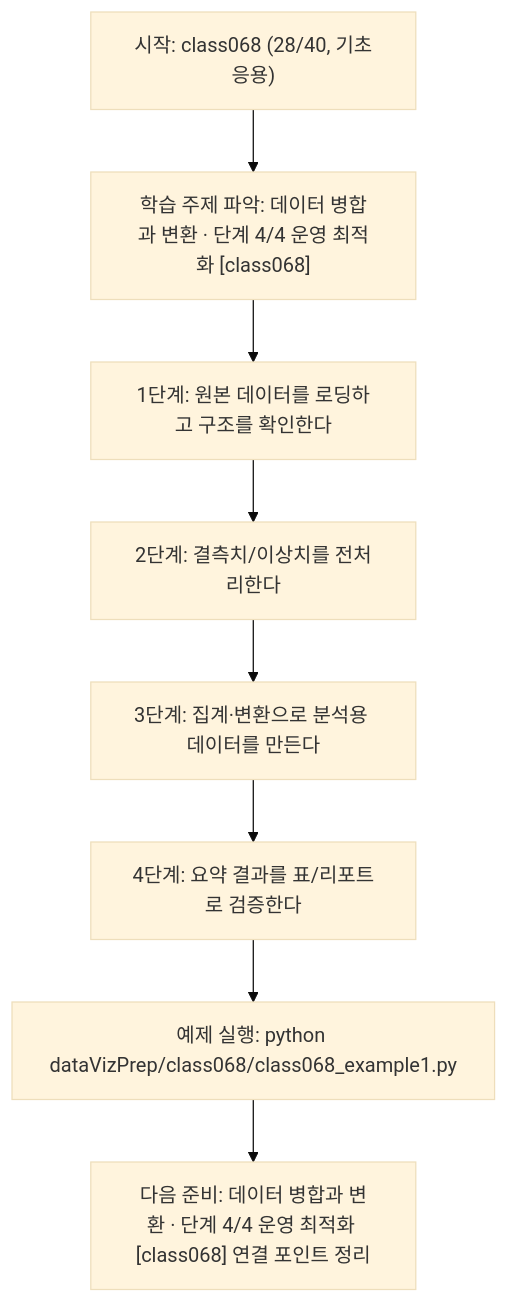
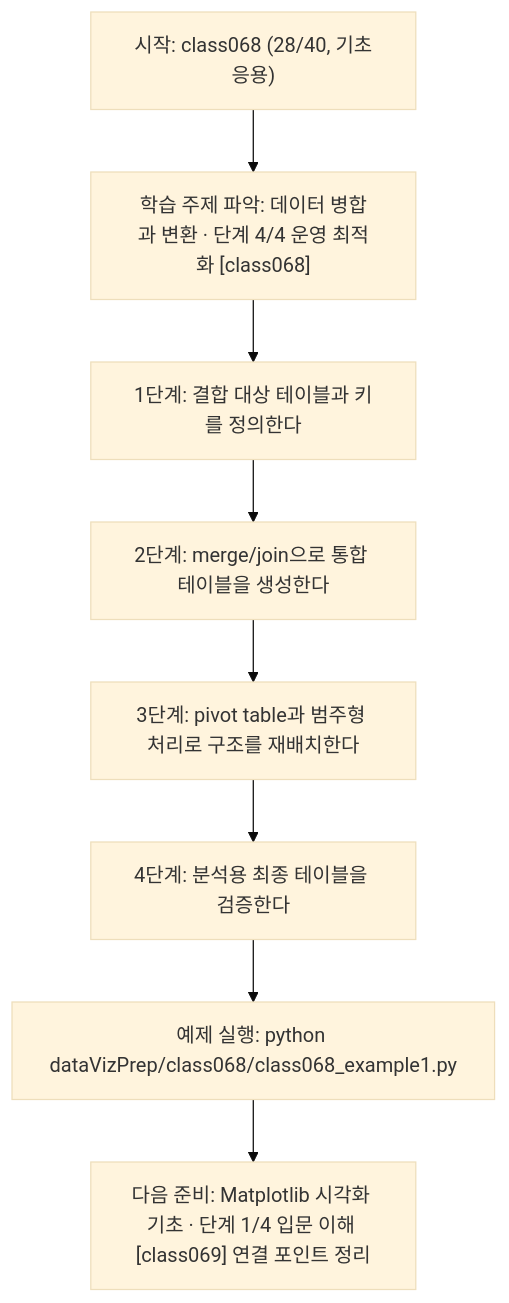
Before and after one commit to edumgt/Python-AI_Agent-Class: the diagram in dataVizPrep/class068/class068.md, drawn with Mermaid (base theme). The commit also changed other lines of this file and 283 other files, not shown here.

````diff
--- a/dataVizPrep/class068/class068.md
+++ b/dataVizPrep/class068/class068.md
@@ -111,18 +92,18 @@
 ```mermaid
 flowchart TD
 N1["시작: class068 (28/40, 기초응용)"]
 N2["학습 주제 파악: 데이터 병합과 변환 · 단계 4/4 운영 최적화 [class068]"]
-N3["1단계: 원본 데이터를 로딩하고 구조를 확인한다"]
-N4["2단계: 결측치/이상치를 전처리한다"]
-N5["3단계: 집계·변환으로 분석용 데이터를 만든다"]
-N6["4단계: 요약 결과를 표/리포트로 검증한다"]
+N3["1단계: 결합 대상 테이블과 키를 정의한다"]
+N4["2단계: merge/join으로 통합 테이블을 생성한다"]
+N5["3단계: pivot table과 범주형 처리로 구조를 재배치한다"]
+N6["4단계: 분석용 최종 테이블을 검증한다"]
 N7["예제 실행: python dataVizPrep/class068/class068_example1.py"]
-N8["다음 준비: 데이터 병합과 변환 · 단계 4/4 운영 최적화 [class068] 연결 포인트 정리"]
+N8["다음 준비: Matplotlib 시각화 기초 · 단계 1/4 입문 이해 [class069] 연결 포인트 정리"]
 N1 --> N2
 N2 --> N3
 N3 --> N4
 N4 --> N5
 N5 --> N6
 N6 --> N7
 N7 --> N8
 ```
````
